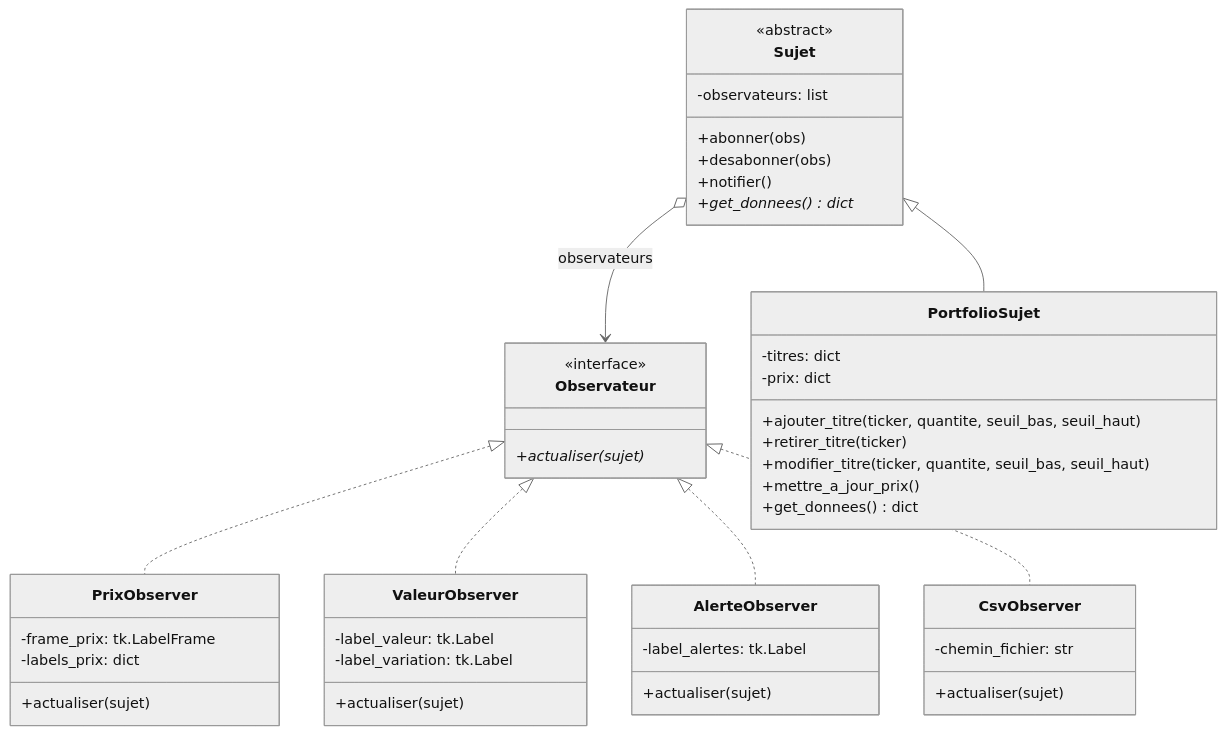
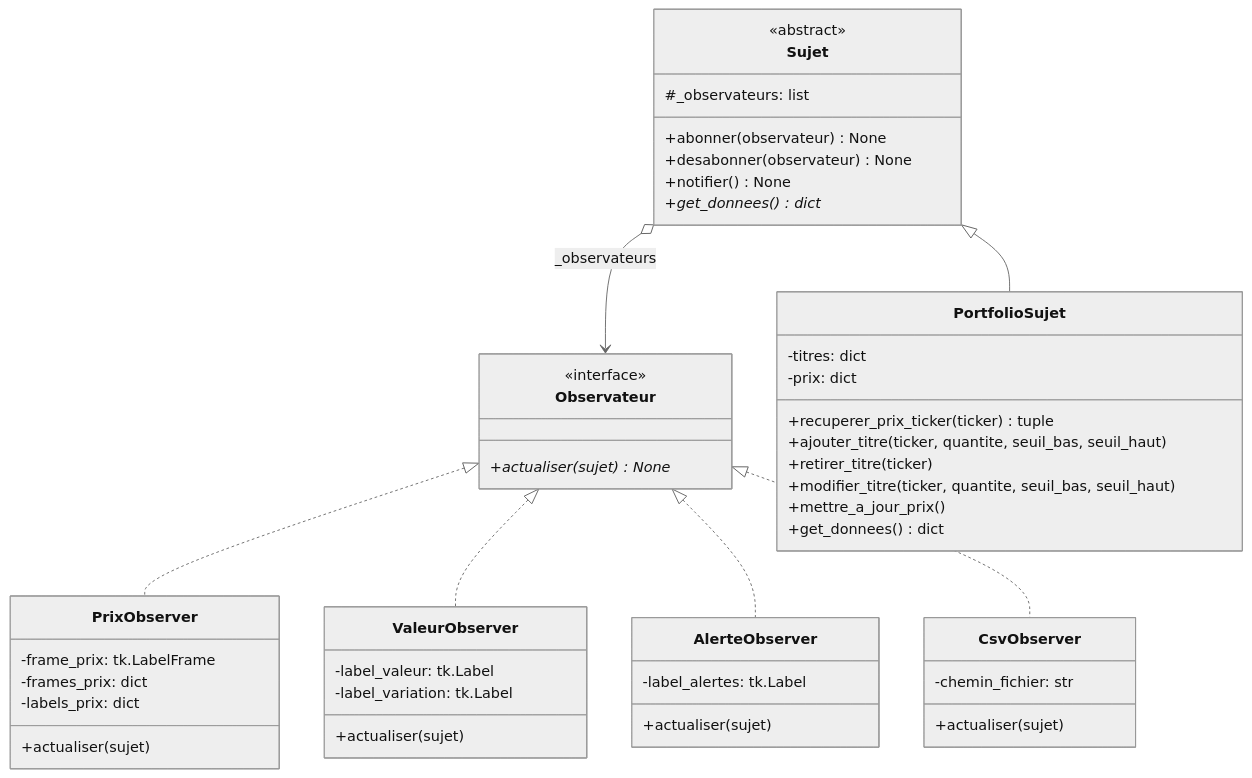
One commit to MYIUI/TP1-PROG changed the diagram in UML.md. Above: the diagram before and after it, drawn with Mermaid.

Commit message:
UML adapté au version final

````diff
--- a/UML.md
+++ b/UML.md
@@ -3,56 +3,58 @@
 ```mermaid
 %%{init: {'theme': 'neutral'}}%%
 classDiagram
     class Sujet {
         <<abstract>>
-        -observateurs: list
-        +abonner(obs)
-        +desabonner(obs)
-        +notifier()
+        #_observateurs: list
+        +abonner(observateur) None
+        +desabonner(observateur) None
+        +notifier() None
         +get_donnees()* dict
     }
 
     class Observateur {
         <<interface>>
-        +actualiser(sujet)*
+        +actualiser(sujet)* None
     }
 
     class PortfolioSujet {
         -titres: dict
         -prix: dict
+        +recuperer_prix_ticker(ticker) tuple
         +ajouter_titre(ticker, quantite, seuil_bas, seuil_haut)
         +retirer_titre(ticker)
         +modifier_titre(ticker, quantite, seuil_bas, seuil_haut)
         +mettre_a_jour_prix()
         +get_donnees() dict
     }
 
     class PrixObserver {
         -frame_prix: tk.LabelFrame
+        -frames_prix: dict
         -labels_prix: dict
         +actualiser(sujet)
     }
 
     class ValeurObserver {
         -label_valeur: tk.Label
         -label_variation: tk.Label
         +actualiser(sujet)
     }
 
     class AlerteObserver {
         -label_alertes: tk.Label
         +actualiser(sujet)
     }
 
     class CsvObserver {
         -chemin_fichier: str
         +actualiser(sujet)
     }
 
     Sujet <|-- PortfolioSujet
     Observateur <|.. PrixObserver
     Observateur <|.. ValeurObserver
     Observateur <|.. AlerteObserver
     Observateur <|.. CsvObserver
-    Sujet o--> Observateur : observateurs
+    Sujet o--> Observateur : _observateurs
 ```
````
